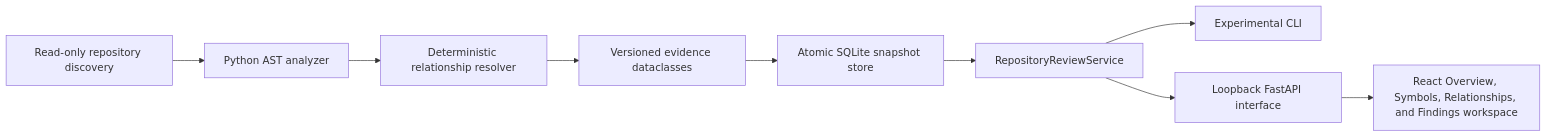
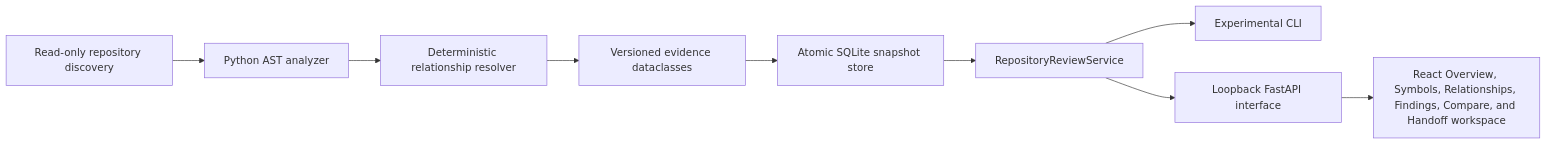
One commit to Nobodyworld/dev-logger-zscripts changed the diagram in docs/architecture.md. Above: the diagram before and after it, drawn with Mermaid. The commit also changed other lines of this file and 26 other files, not shown here.

````diff
--- a/docs/architecture.md
+++ b/docs/architecture.md
@@ -31,11 +31,11 @@
 ```mermaid
 flowchart LR
     A["Read-only repository discovery"] --> B["Python AST analyzer"]
     B --> C["Deterministic relationship resolver"]
     C --> D["Versioned evidence dataclasses"]
     D --> E["Atomic SQLite snapshot store"]
     E --> F["RepositoryReviewService"]
     F --> G["Experimental CLI"]
     F --> H["Loopback FastAPI interface"]
-    H --> I["React Overview, Symbols, Relationships, and Findings workspace"]
+    H --> I["React Overview, Symbols, Relationships, Findings, Compare, and Handoff workspace"]
 ```
````
